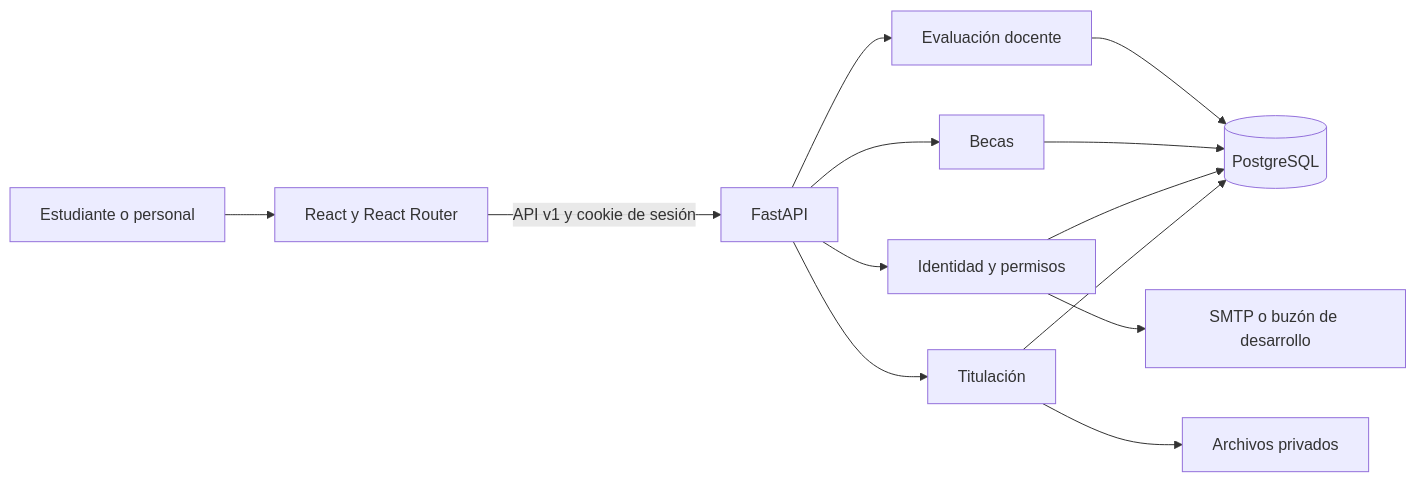
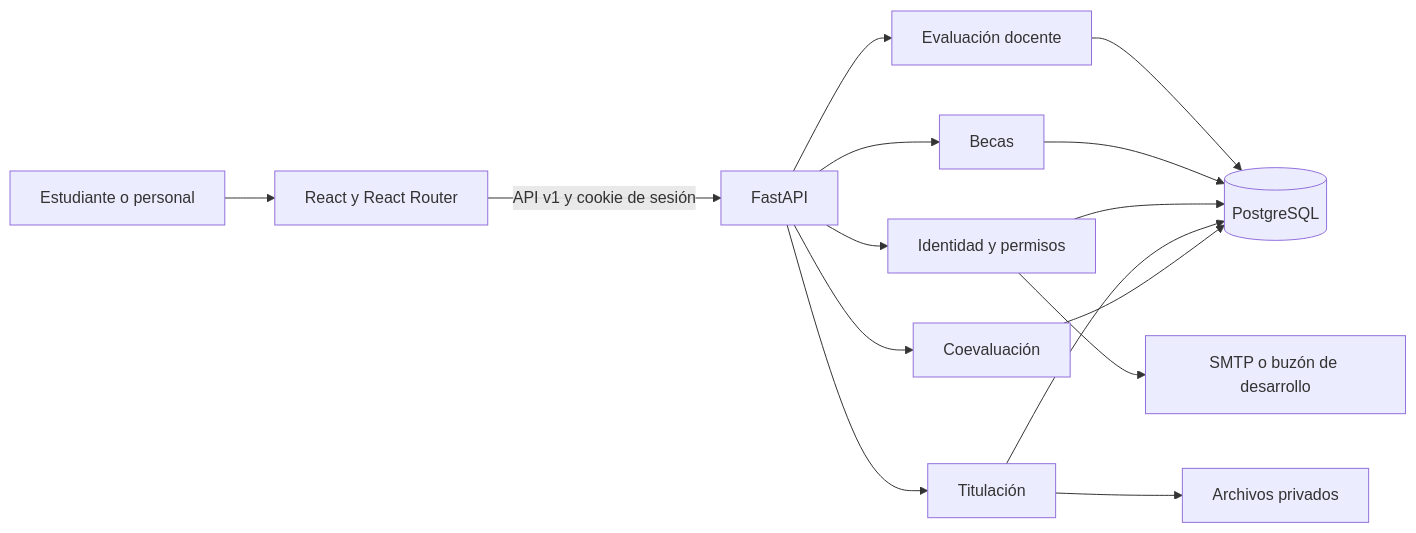
Before and after one commit to Angel-Hs-Progenl/Sistema-Universitario: the diagram in docs/ARQUITECTURA.md, drawn with Mermaid. The commit also changed other lines of this file and 30 other files, not shown here.

````diff
--- a/docs/ARQUITECTURA.md
+++ b/docs/ARQUITECTURA.md
@@ -7,15 +7,17 @@
 ```mermaid
 flowchart LR
   U[Estudiante o personal] --> R[React y React Router]
   R -->|API v1 y cookie de sesión| F[FastAPI]
   F --> I[Identidad y permisos]
   F --> T[Titulación]
   F --> E[Evaluación docente]
   F --> B[Becas]
+  F --> C[Coevaluación]
   E --> P
   B --> P
   I --> P[(PostgreSQL)]
   T --> P
+  C --> P
   T --> A[Archivos privados]
   I --> M[SMTP o buzón de desarrollo]
 ```
````
